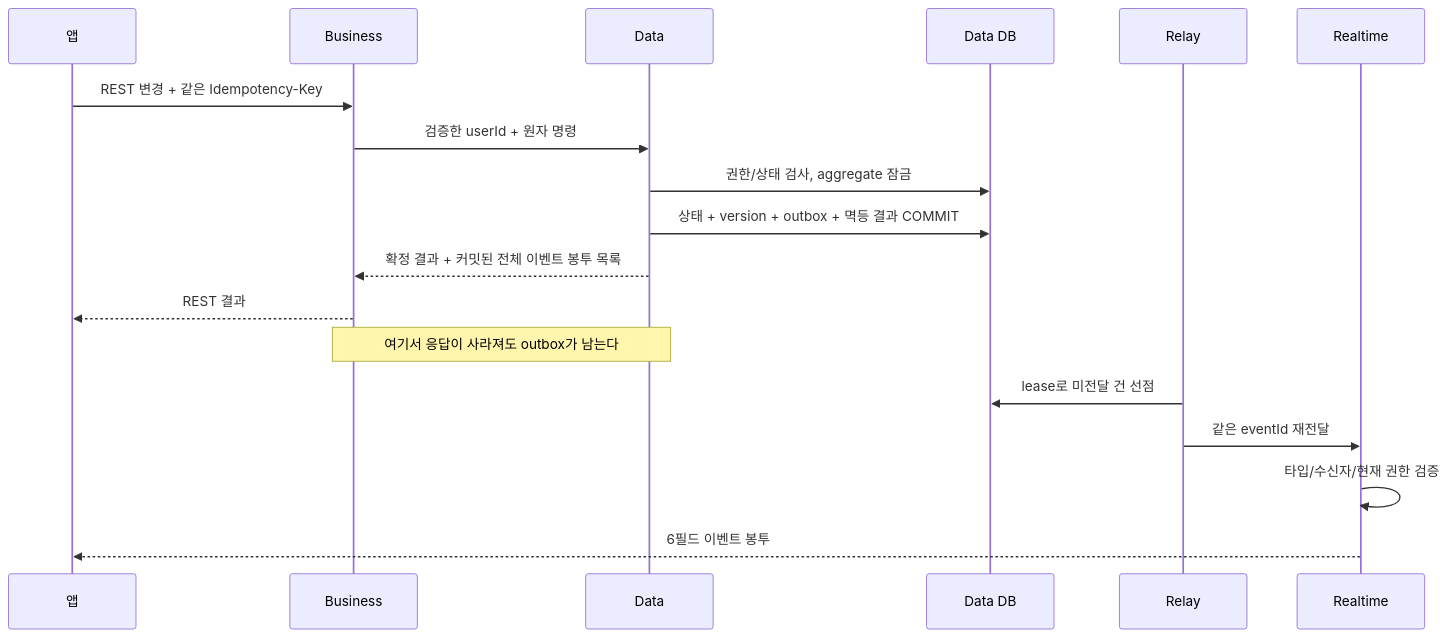
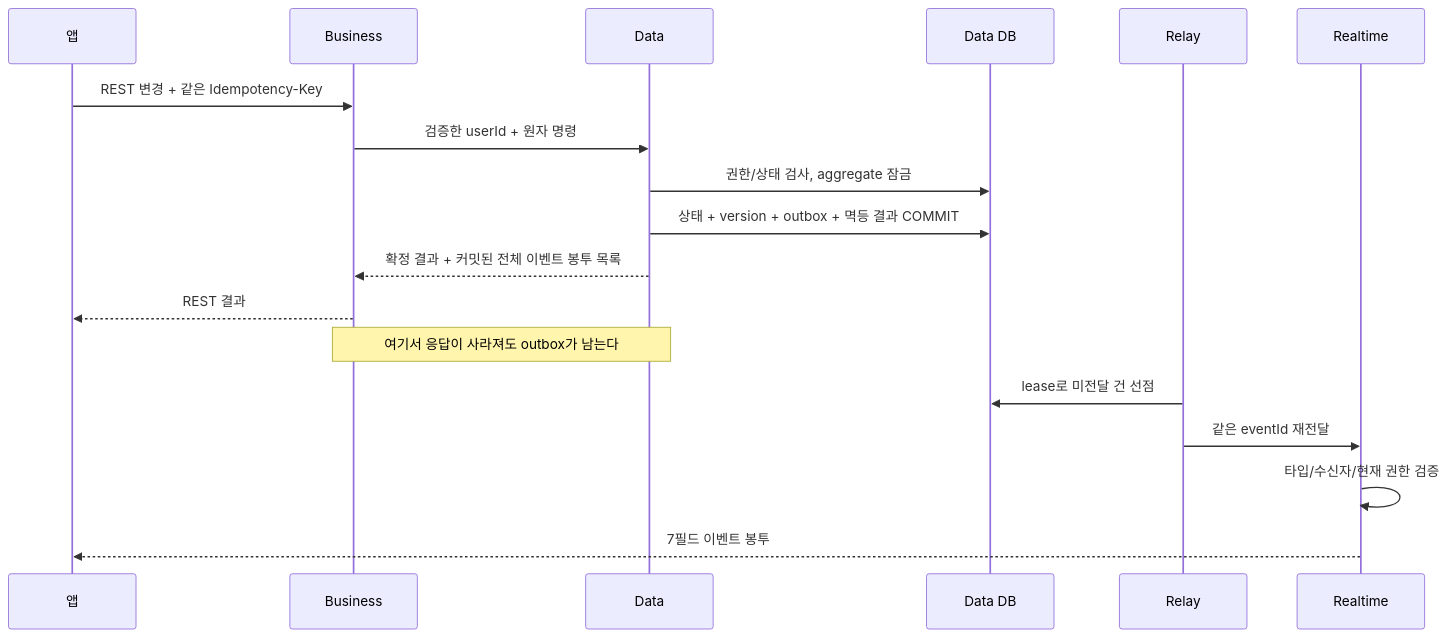
One commit to OneOrThree/phone changed the second of 4 diagrams in docs/prd/realtime-events/high-level-design.md. Above: the diagram before and after it, drawn with Mermaid. The commit also changed other lines of this file and 2 other files, not shown here.

Commit message:
[FIX] GROMO-1754 이벤트 스키마 버전 호환성 계약 보완

````diff
--- a/docs/prd/realtime-events/high-level-design.md
+++ b/docs/prd/realtime-events/high-level-design.md
@@ -33,20 +33,20 @@
 ```mermaid
 sequenceDiagram
     participant A as 앱
     participant B as Business
     participant D as Data
     participant DB as Data DB
     participant L as Relay
     participant R as Realtime
     A->>B: REST 변경 + 같은 Idempotency-Key
     B->>D: 검증한 userId + 원자 명령
     D->>DB: 권한/상태 검사, aggregate 잠금
     D->>DB: 상태 + version + outbox + 멱등 결과 COMMIT
     D-->>B: 확정 결과 + 커밋된 전체 이벤트 봉투 목록
     B-->>A: REST 결과
     Note over D,B: 여기서 응답이 사라져도 outbox가 남는다
     L->>DB: lease로 미전달 건 선점
     L->>R: 같은 eventId 재전달
     R->>R: 타입/수신자/현재 권한 검증
-    R-->>A: 6필드 이벤트 봉투
+    R-->>A: 7필드 이벤트 봉투
 ```
````
